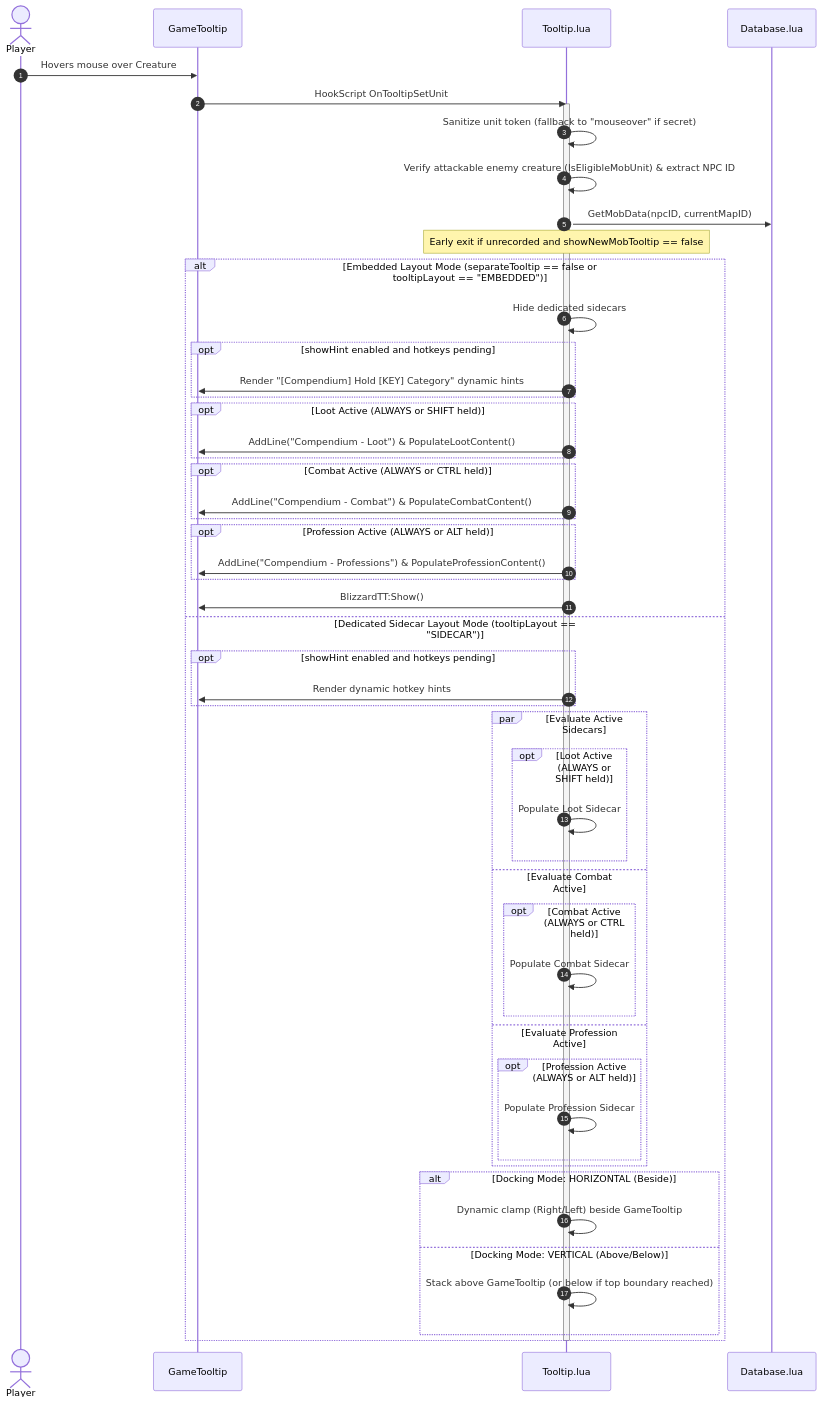
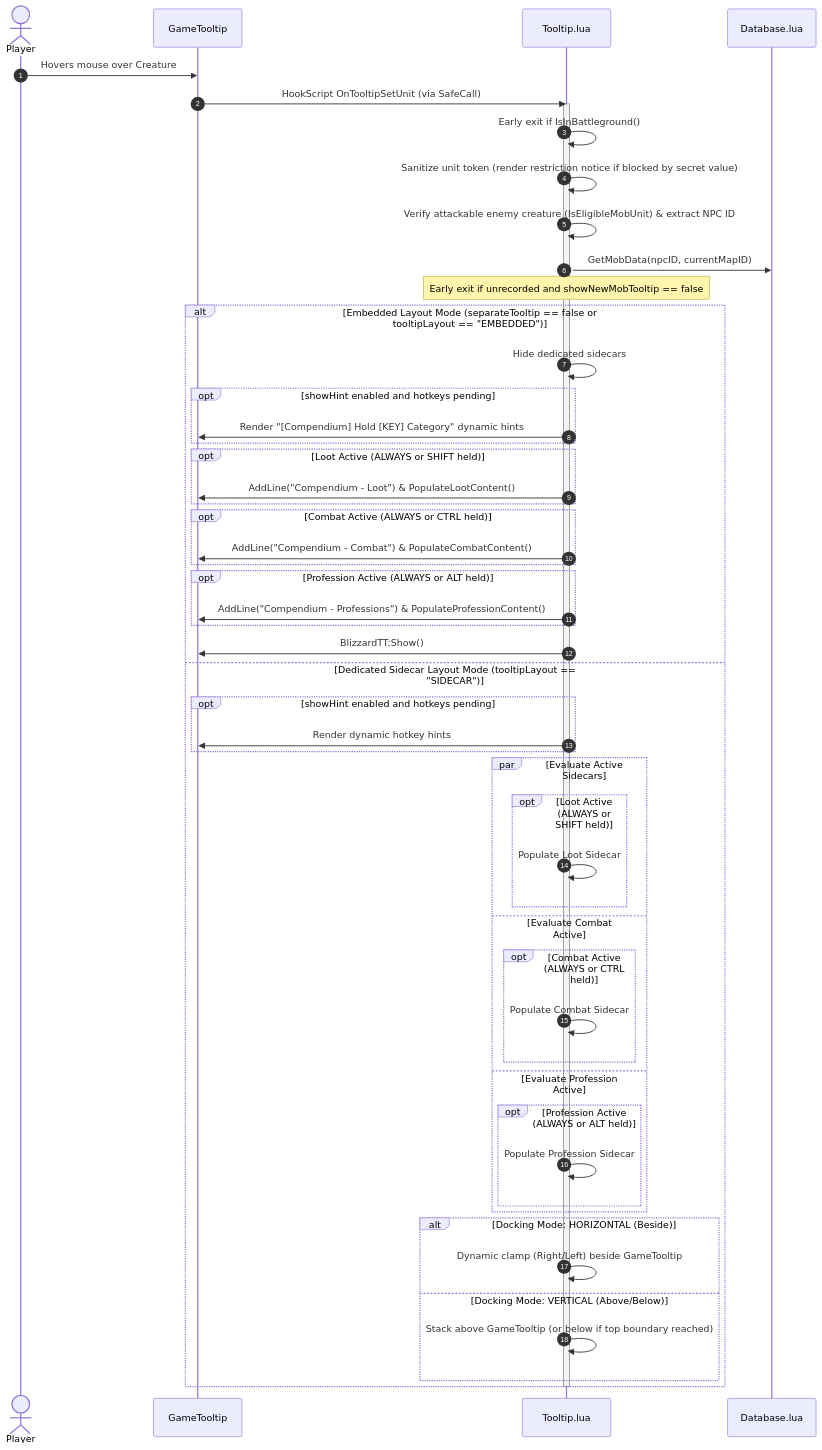
The fifth of 5 diagrams in docs/ARCHITECTURE.md (bguerre20/AzerothCreatureCompendium), drawn with Mermaid before and after one commit. The commit also changed other lines of this file and 8 other files, not shown here.

Commit message:
fix: enforce battleground inactivity, remove fragile instance workarounds, and add fail-safe debug mode

````diff
--- a/docs/ARCHITECTURE.md
+++ b/docs/ARCHITECTURE.md
@@ -265,57 +257,58 @@
 ```mermaid
 sequenceDiagram
     autonumber
     actor Player
     participant BlizzardTT as GameTooltip
     participant Tooltip as Tooltip.lua
     participant DB as Database.lua
 
     Player->>BlizzardTT: Hovers mouse over Creature
-    BlizzardTT->>Tooltip: HookScript OnTooltipSetUnit
+    BlizzardTT->>Tooltip: HookScript OnTooltipSetUnit (via SafeCall)
     activate Tooltip
-    Tooltip->>Tooltip: Sanitize unit token (fallback to "mouseover" if secret)
+    Tooltip->>Tooltip: Early exit if IsInBattleground()
+    Tooltip->>Tooltip: Sanitize unit token (render restriction notice if blocked by secret value)
     Tooltip->>Tooltip: Verify attackable enemy creature (IsEligibleMobUnit) & extract NPC ID
     Tooltip->>DB: GetMobData(npcID, currentMapID)
     Note over Tooltip: Early exit if unrecorded and showNewMobTooltip == false
 
     alt Embedded Layout Mode (separateTooltip == false or tooltipLayout == "EMBEDDED")
         Tooltip->>Tooltip: Hide dedicated sidecars
         opt showHint enabled and hotkeys pending
             Tooltip->>BlizzardTT: Render "[Compendium] Hold [KEY] Category" dynamic hints
         end
         opt Loot Active (ALWAYS or SHIFT held)
             Tooltip->>BlizzardTT: AddLine("Compendium - Loot") & PopulateLootContent()
         end
         opt Combat Active (ALWAYS or CTRL held)
             Tooltip->>BlizzardTT: AddLine("Compendium - Combat") & PopulateCombatContent()
         end
         opt Profession Active (ALWAYS or ALT held)
             Tooltip->>BlizzardTT: AddLine("Compendium - Professions") & PopulateProfessionContent()
         end
         Tooltip->>BlizzardTT: BlizzardTT:Show()
     else Dedicated Sidecar Layout Mode (tooltipLayout == "SIDECAR")
         opt showHint enabled and hotkeys pending
             Tooltip->>BlizzardTT: Render dynamic hotkey hints
         end
         par Evaluate Active Sidecars
             opt Loot Active (ALWAYS or SHIFT held)
                 Tooltip->>Tooltip: Populate Loot Sidecar
             end
         and Evaluate Combat Active
             opt Combat Active (ALWAYS or CTRL held)
                 Tooltip->>Tooltip: Populate Combat Sidecar
             end
         and Evaluate Profession Active
             opt Profession Active (ALWAYS or ALT held)
                 Tooltip->>Tooltip: Populate Profession Sidecar
             end
         end
 
         alt Docking Mode: HORIZONTAL (Beside)
             Tooltip->>Tooltip: Dynamic clamp (Right/Left) beside GameTooltip
         else Docking Mode: VERTICAL (Above/Below)
             Tooltip->>Tooltip: Stack above GameTooltip (or below if top boundary reached)
         end
     end
     deactivate Tooltip
 ```
````
